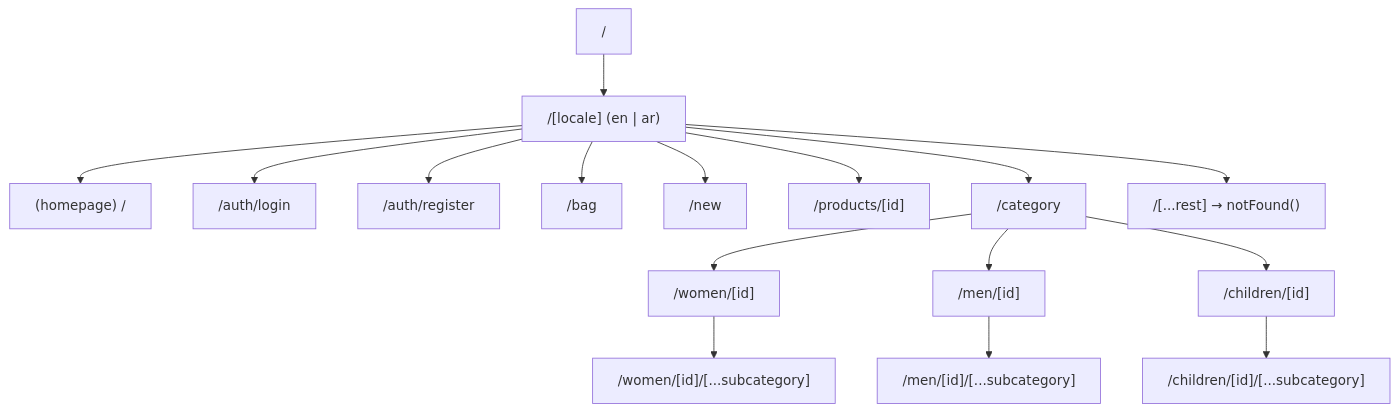
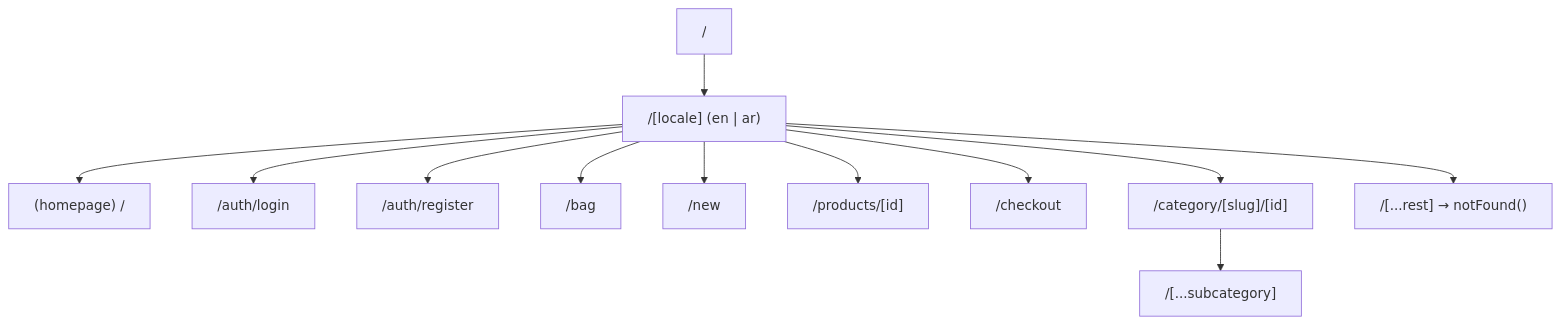
One commit to Shamsmedhat/fashion-e-commerce-frontend changed the first of 3 diagrams in README.md. Above: the diagram before and after it, drawn with Mermaid. The commit also changed other lines of this file and 5 other files, not shown here.

````diff
--- a/README.md
+++ b/README.md
@@ -159,22 +203,17 @@
 ```mermaid
 flowchart TD
   Root["/"] --> Locale["/[locale] (en | ar)"]
 
   Locale --> Home["(homepage) /"]
   Locale --> AuthLogin["/auth/login"]
   Locale --> AuthRegister["/auth/register"]
   Locale --> Bag["/bag"]
   Locale --> New["/new"]
   Locale --> ProductDetails["/products/[id]"]
 
-  Locale --> Category["/category"]
-  Category --> Women["/women/[id]"]
-  Category --> Men["/men/[id]"]
-  Category --> Children["/children/[id]"]
-
-  Women --> WomenSub["/women/[id]/[...subcategory]"]
-  Men --> MenSub["/men/[id]/[...subcategory]"]
-  Children --> ChildrenSub["/children/[id]/[...subcategory]"]
+  Locale --> Checkout["/checkout"]
+  Locale --> Category["/category/[slug]/[id]"]
+  Category --> SubCategory["/[...subcategory]"]
 
   Locale --> CatchAll["/[...rest] → notFound()"]
 ```
````
